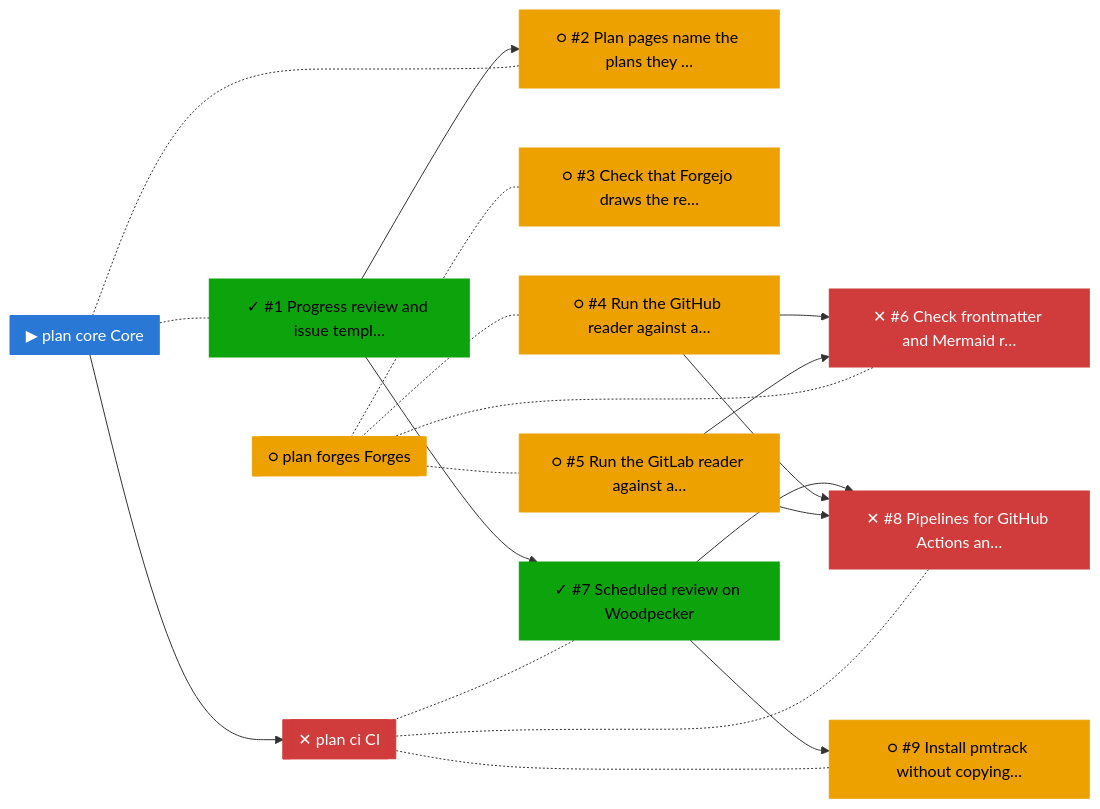
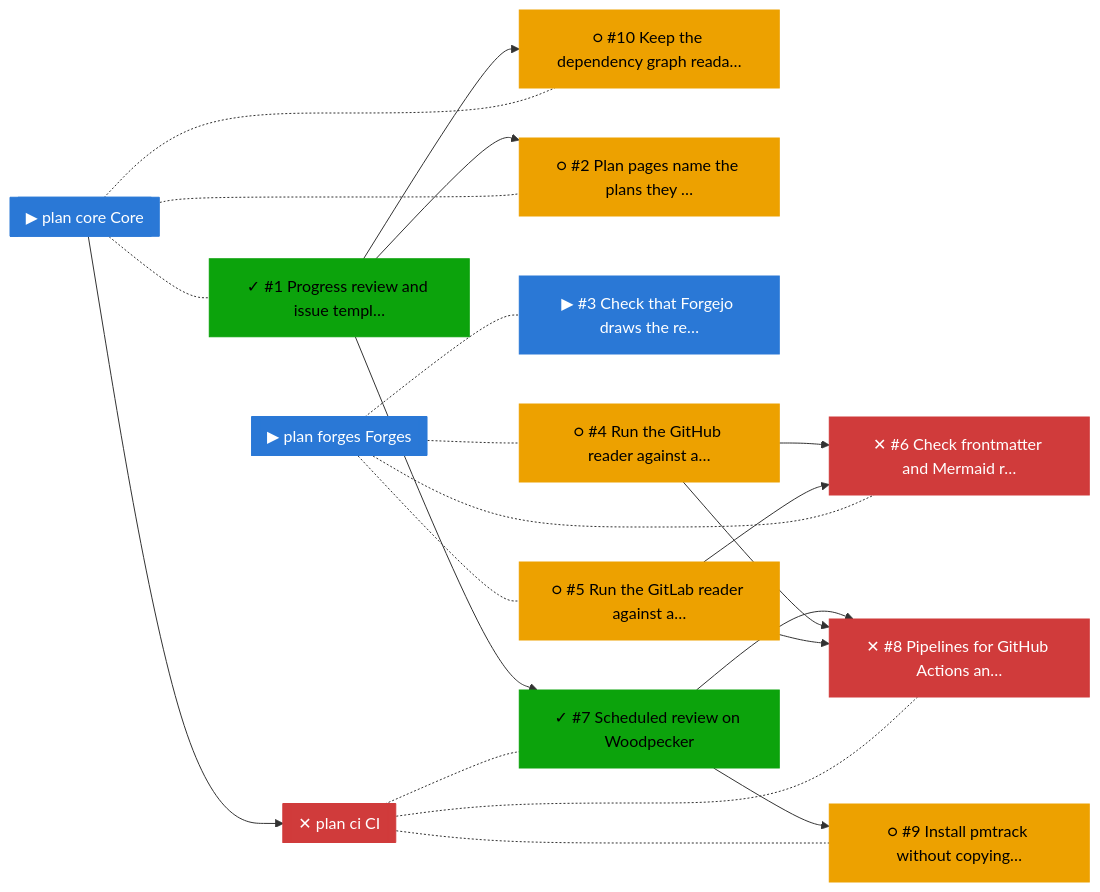
The fourth of 4 diagrams in progress/README.md (bvraghav/pmtrack), drawn with Mermaid before and after one commit. The commit also changed other lines of this file and 7 other files, not shown here.

````diff
--- a/progress/README.md
+++ b/progress/README.md
@@ -72,39 +78,42 @@
 ```mermaid
 flowchart LR
   n0["✓ #1 Progress review and issue templ…"]:::done
-  n1["○ #2 Plan pages name the plans they …"]:::ready
-  n2["○ #3 Check that Forgejo draws the re…"]:::ready
-  n3["○ #4 Run the GitHub reader against a…"]:::ready
-  n4["○ #5 Run the GitLab reader against a…"]:::ready
-  n5["✕ #6 Check frontmatter and Mermaid r…"]:::blocked
-  n6["✓ #7 Scheduled review on Woodpecker"]:::done
-  n7["✕ #8 Pipelines for GitHub Actions an…"]:::blocked
-  n8["○ #9 Install pmtrack without copying…"]:::ready
-  n9[["✕ plan ci CI"]]:::blocked
-  n10[["▶ plan core Core"]]:::active
-  n11[["○ plan forges Forges"]]:::ready
+  n1["○ #10 Keep the dependency graph reada…"]:::ready
+  n2["○ #2 Plan pages name the plans they …"]:::ready
+  n3["▶ #3 Check that Forgejo draws the re…"]:::active
+  n4["○ #4 Run the GitHub reader against a…"]:::ready
+  n5["○ #5 Run the GitLab reader against a…"]:::ready
+  n6["✕ #6 Check frontmatter and Mermaid r…"]:::blocked
+  n7["✓ #7 Scheduled review on Woodpecker"]:::done
+  n8["✕ #8 Pipelines for GitHub Actions an…"]:::blocked
+  n9["○ #9 Install pmtrack without copying…"]:::ready
+  n10[["✕ plan ci CI"]]:::blocked
+  n11[["▶ plan core Core"]]:::active
+  n12[["▶ plan forges Forges"]]:::active
   n0 --> n1
-  n3 --> n5
-  n4 --> n5
-  n0 --> n6
-  n6 --> n7
-  n3 --> n7
-  n4 --> n7
-  n6 --> n8
-  n9 -.- n6
-  n9 -.- n7
-  n9 -.- n8
-  n10 --> n9
-  n10 -.- n0
-  n10 -.- n1
+  n0 --> n2
+  n4 --> n6
+  n5 --> n6
+  n0 --> n7
+  n7 --> n8
+  n4 --> n8
+  n5 --> n8
+  n7 --> n9
+  n10 -.- n7
+  n10 -.- n8
+  n10 -.- n9
+  n11 --> n10
+  n11 -.- n0
   n11 -.- n2
-  n11 -.- n3
-  n11 -.- n4
-  n11 -.- n5
+  n11 -.- n1
+  n12 -.- n3
+  n12 -.- n4
+  n12 -.- n5
+  n12 -.- n6
   classDef done fill:#0ca30c,color:#000,stroke:#0ca30c
   classDef active fill:#2a78d6,color:#fff,stroke:#2a78d6
   classDef ready fill:#eda100,color:#000,stroke:#eda100
   classDef blocked fill:#d03b3b,color:#fff,stroke:#d03b3b
   classDef unknown fill:#898781,color:#000,stroke:#898781
   classDef dropped fill:#898781,color:#000,stroke:#898781
 ```
````
